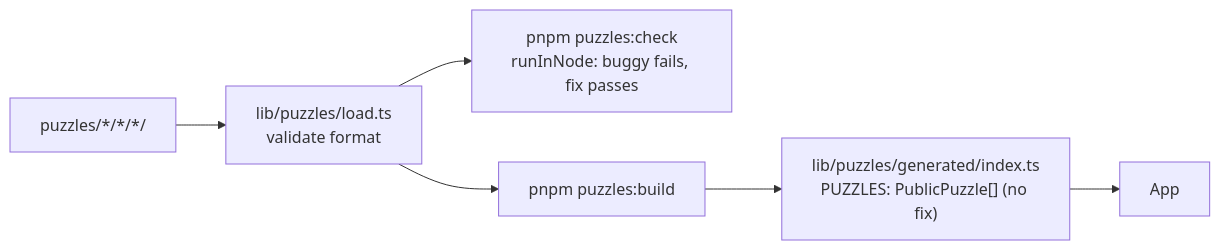
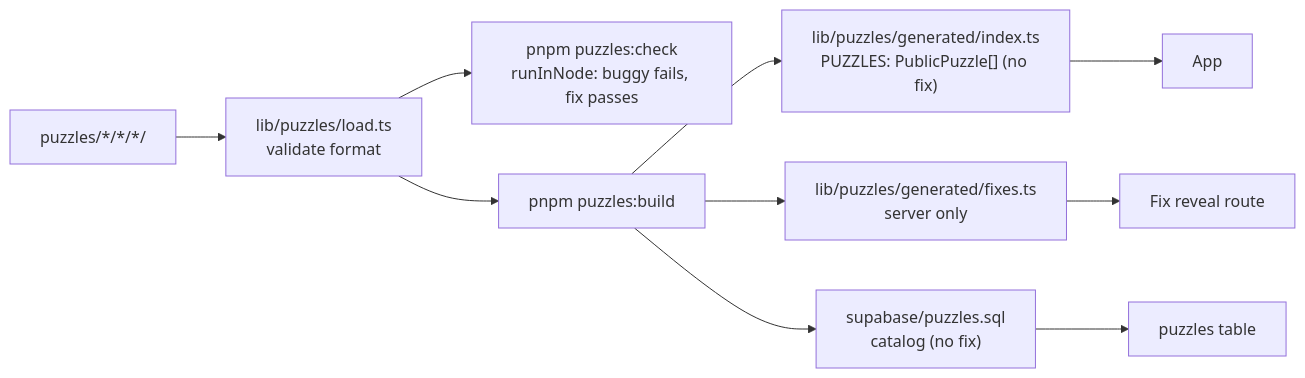
The second of 5 diagrams in docs/ARCHITECTURE.md (vandit-bera/Bug-Hunt-Race), drawn with Mermaid before and after one commit. The commit also changed other lines of this file and 4 other files, not shown here.

Commit message:
TB-53: document the round lifecycle, fix reveal and puzzle catalog

````diff
--- a/docs/ARCHITECTURE.md
+++ b/docs/ARCHITECTURE.md
@@ -277,8 +277,12 @@
 ```mermaid
 flowchart LR
   files["puzzles/*/*/*/"] --> load["lib/puzzles/load.ts<br/>validate format"]
   load --> check["pnpm puzzles:check<br/>runInNode: buggy fails, fix passes"]
   load --> build["pnpm puzzles:build"]
   build --> index["lib/puzzles/generated/index.ts<br/>PUZZLES: PublicPuzzle[] (no fix)"]
+  build --> fixes["lib/puzzles/generated/fixes.ts<br/>server only"]
+  build --> catalog["supabase/puzzles.sql<br/>catalog (no fix)"]
   index --> app["App"]
+  fixes --> reveal["Fix reveal route"]
+  catalog --> db["puzzles table"]
 ```
````
